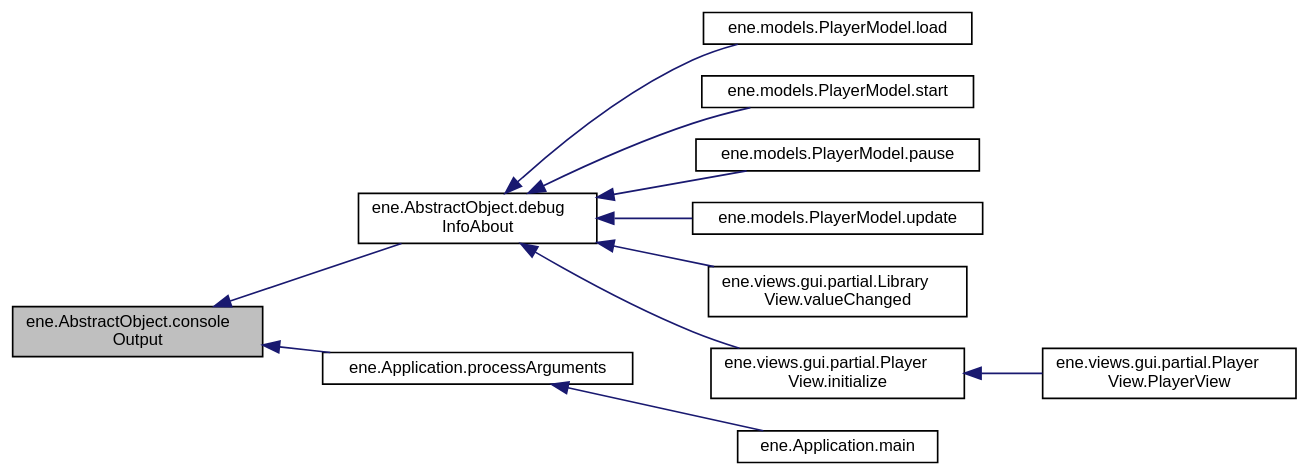
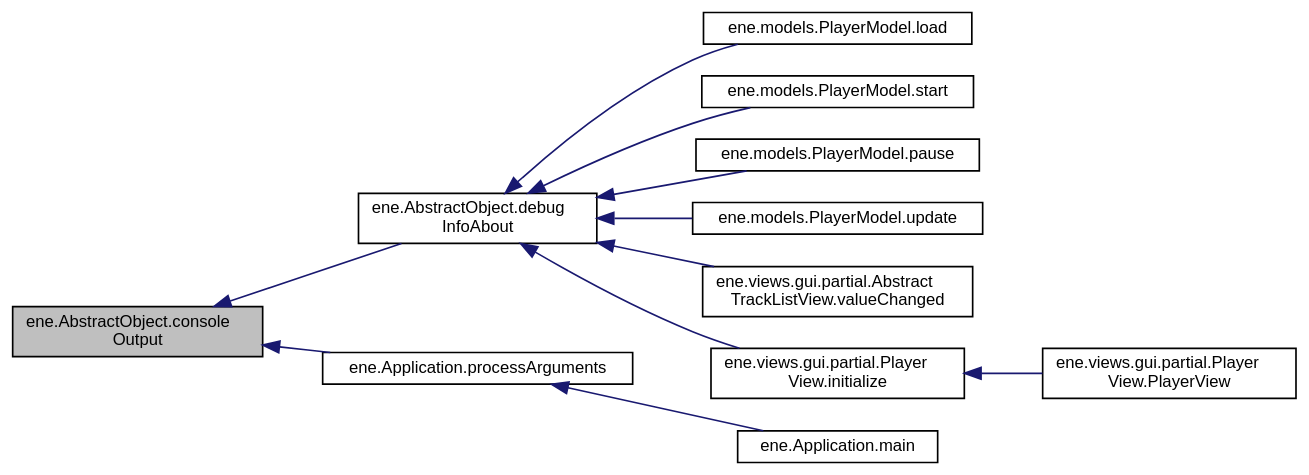
The diagram in docs/classene_1_1AbstractObject_a9ce30d3321c7ce794df2f07bdaf3e47c_icgraph.dot (vivi90/ene), drawn with Graphviz before and after one commit. The commit also changed 106 other files, not shown here.

Commit message:
AbstractTrackListView instroduced.

```diff
--- a/docs/classene_1_1AbstractObject_a9ce30d3321c7ce794df2f07bdaf3e47c_icgraph.dot
+++ b/docs/classene_1_1AbstractObject_a9ce30d3321c7ce794df2f07bdaf3e47c_icgraph.dot
@@ -1,28 +1,28 @@
 digraph "ene.AbstractObject.consoleOutput"
 {
   bgcolor="transparent";
   edge [fontname="Helvetica",fontsize="10",labelfontname="Helvetica",labelfontsize="10"];
   node [fontname="Helvetica",fontsize="10",shape=record];
   rankdir="LR";
   Node1 [label="ene.AbstractObject.console\lOutput",height=0.2,width=0.4,color="black", fillcolor="grey75", style="filled", fontcolor="black"];
   Node1 -> Node2 [dir="back",color="midnightblue",fontsize="10",style="solid",fontname="Helvetica"];
   Node2 [label="ene.AbstractObject.debug\lInfoAbout",height=0.2,width=0.4,color="black",URL="$classene_1_1AbstractObject.html#aff9619cf289ec83735b6c6ca2c12e020"];
   Node2 -> Node3 [dir="back",color="midnightblue",fontsize="10",style="solid",fontname="Helvetica"];
   Node3 [label="ene.models.PlayerModel.load",height=0.2,width=0.4,color="black",URL="$classene_1_1models_1_1PlayerModel.html#a2c4655428b658dee3203787415a516a5"];
   Node2 -> Node4 [dir="back",color="midnightblue",fontsize="10",style="solid",fontname="Helvetica"];
   Node4 [label="ene.models.PlayerModel.start",height=0.2,width=0.4,color="black",URL="$classene_1_1models_1_1PlayerModel.html#a7d0471082171de01773a1da88cb3652d"];
   Node2 -> Node5 [dir="back",color="midnightblue",fontsize="10",style="solid",fontname="Helvetica"];
   Node5 [label="ene.models.PlayerModel.pause",height=0.2,width=0.4,color="black",URL="$classene_1_1models_1_1PlayerModel.html#afdcaa5e17ecdfbccad3ac8e702914e00"];
   Node2 -> Node6 [dir="back",color="midnightblue",fontsize="10",style="solid",fontname="Helvetica"];
   Node6 [label="ene.models.PlayerModel.update",height=0.2,width=0.4,color="black",URL="$classene_1_1models_1_1PlayerModel.html#a108968d6fd2beb7e322bba50028d32b1"];
   Node2 -> Node7 [dir="back",color="midnightblue",fontsize="10",style="solid",fontname="Helvetica"];
-  Node7 [label="ene.views.gui.partial.Library\lView.valueChanged",height=0.2,width=0.4,color="black",URL="$classene_1_1views_1_1gui_1_1partial_1_1LibraryView.html#a2245f22b04d89b40305fc80c79de1e54"];
+  Node7 [label="ene.views.gui.partial.Abstract\lTrackListView.valueChanged",height=0.2,width=0.4,color="black",URL="$classene_1_1views_1_1gui_1_1partial_1_1AbstractTrackListView.html#aebe5720136b8b2215b6ad365c723843e"];
   Node2 -> Node8 [dir="back",color="midnightblue",fontsize="10",style="solid",fontname="Helvetica"];
   Node8 [label="ene.views.gui.partial.Player\lView.initialize",height=0.2,width=0.4,color="black",URL="$classene_1_1views_1_1gui_1_1partial_1_1PlayerView.html#a6a20ce866e62ced7476b666fe891b10a"];
   Node8 -> Node9 [dir="back",color="midnightblue",fontsize="10",style="solid",fontname="Helvetica"];
   Node9 [label="ene.views.gui.partial.Player\lView.PlayerView",height=0.2,width=0.4,color="black",URL="$classene_1_1views_1_1gui_1_1partial_1_1PlayerView.html#a87a7a4837fc2b68df6bf06984881a7ea"];
   Node1 -> Node10 [dir="back",color="midnightblue",fontsize="10",style="solid",fontname="Helvetica"];
   Node10 [label="ene.Application.processArguments",height=0.2,width=0.4,color="black",URL="$classene_1_1Application.html#a096fa8803429fdb43c79cde1705b489f"];
   Node10 -> Node11 [dir="back",color="midnightblue",fontsize="10",style="solid",fontname="Helvetica"];
   Node11 [label="ene.Application.main",height=0.2,width=0.4,color="black",URL="$classene_1_1Application.html#a336bc7b9857591df7cc547781aacbf10"];
 }
```
